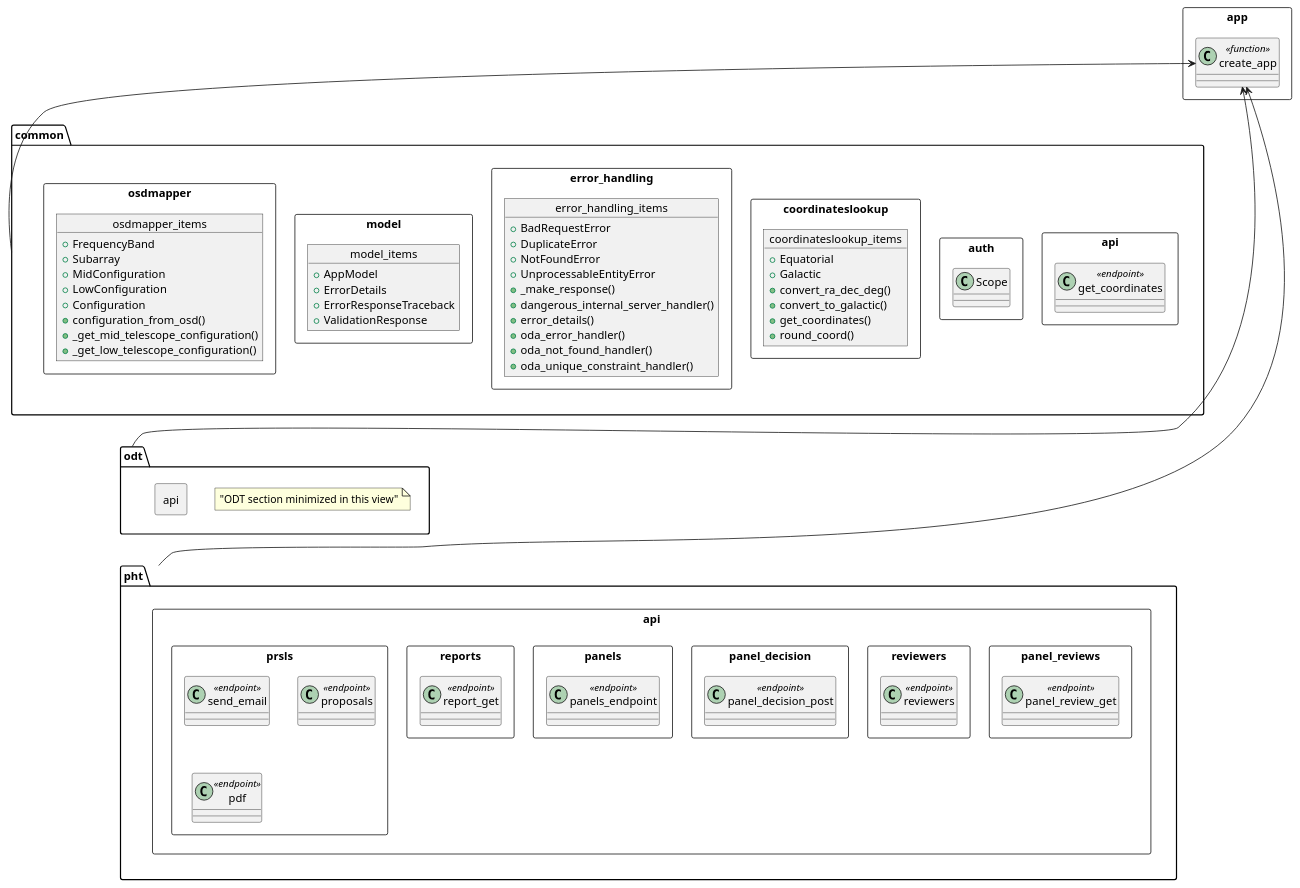
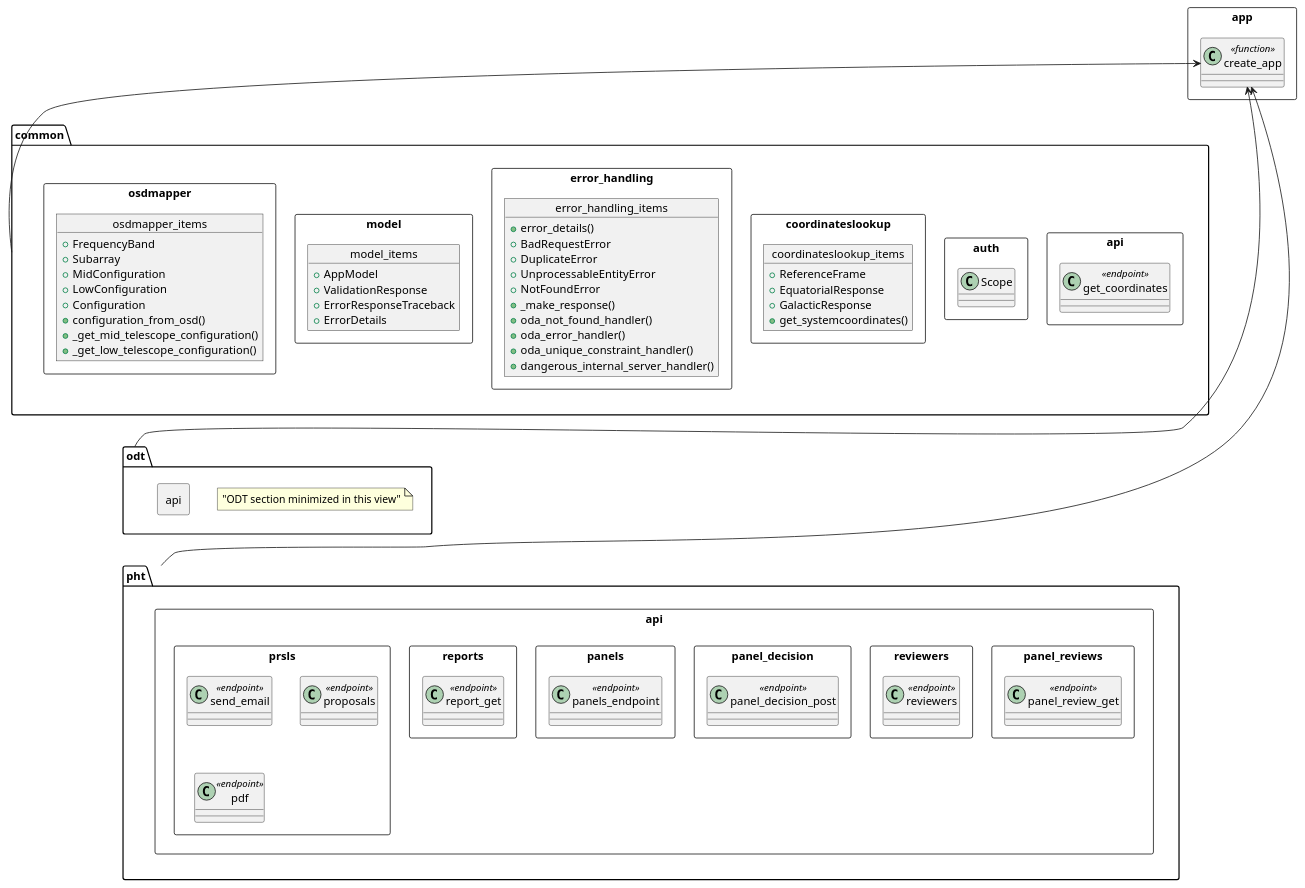
The diagram in docs/src/internal/diagrams/module_top_view.puml (ska-telescope/ska-oso-services), drawn with PlantUML before and after one commit. The commit also changed 1 other file, not shown here.

```diff
--- a/docs/src/internal/diagrams/module_top_view.puml
+++ b/docs/src/internal/diagrams/module_top_view.puml
@@ -1,111 +1,109 @@
 @startuml
 top to bottom direction
 
 package "common" as common_pkg {
 
     package "api" <<Rectangle>> {
         class get_coordinates <<endpoint>>
     }
 
     package "auth" <<Rectangle>> {
         class Scope
     }
 
     package "coordinateslookup" <<Rectangle>> {
         object coordinateslookup_items {
-            + Equatorial
-            + Galactic
-            + convert_ra_dec_deg()
-            + convert_to_galactic()
-            + get_coordinates()
-            + round_coord()
+            + ReferenceFrame
+            + EquatorialResponse
+            + GalacticResponse
+            + get_systemcoordinates()
         }
     }
 
     package "error_handling" <<Rectangle>> {
         object error_handling_items {
+            + error_details()
             + BadRequestError
             + DuplicateError
+            + UnprocessableEntityError
             + NotFoundError
-            + UnprocessableEntityError
             + _make_response()
+            + oda_not_found_handler()
+            + oda_error_handler()
+            + oda_unique_constraint_handler()
             + dangerous_internal_server_handler()
-            + error_details()
-            + oda_error_handler()
-            + oda_not_found_handler()
-            + oda_unique_constraint_handler()
         }
     }
 
     package "model" <<Rectangle>> {
         object model_items {
             + AppModel
+            + ValidationResponse
+            + ErrorResponseTraceback
             + ErrorDetails
-            + ErrorResponseTraceback
-            + ValidationResponse
         }
     }
 
     package "osdmapper" <<Rectangle>> {
         object osdmapper_items {
             + FrequencyBand
             + Subarray
             + MidConfiguration
             + LowConfiguration
             + Configuration
             + configuration_from_osd()
             + _get_mid_telescope_configuration()
             + _get_low_telescope_configuration()
         }
     }
 }
 
 package "odt" as odt_pkg {
     note as odt_note
     "ODT section minimized in this view"
     end note
     package "api" <<Rectangle>> {
         ' (Add odt API endpoints here if you want)
     }
 }
 
 package "pht" as pht_pkg {
     package "api" <<Rectangle>> {
         package "panel_reviews" <<Rectangle>> {
             class panel_review_get <<endpoint>>
         }
         package "reviewers" <<Rectangle>> {
             class reviewers <<endpoint>>
         }
         package "panel_decision" <<Rectangle>> {
             class panel_decision_post <<endpoint>>
         }
         package "panels" <<Rectangle>> {
             class panels_endpoint <<endpoint>>
         }
         package "reports" <<Rectangle>> {
             class report_get <<endpoint>>
         }
         package "prsls" <<Rectangle>> {
             class send_email <<endpoint>>
             class proposals <<endpoint>>
             class pdf <<endpoint>>
         }
     }
 }
 
 common_pkg -down[hidden]- odt_pkg
 common_pkg -down[hidden]- odt_pkg
 odt_pkg -down[hidden]- pht_pkg
 odt_pkg -down[hidden]- pht_pkg
 
 package "app" <<Rectangle>> {
     class create_app <<function>>
 }
 
 
 common_pkg -up-> app.create_app
 odt_pkg -up-> app.create_app
 pht_pkg -up-> app.create_app
 
 @enduml
```
